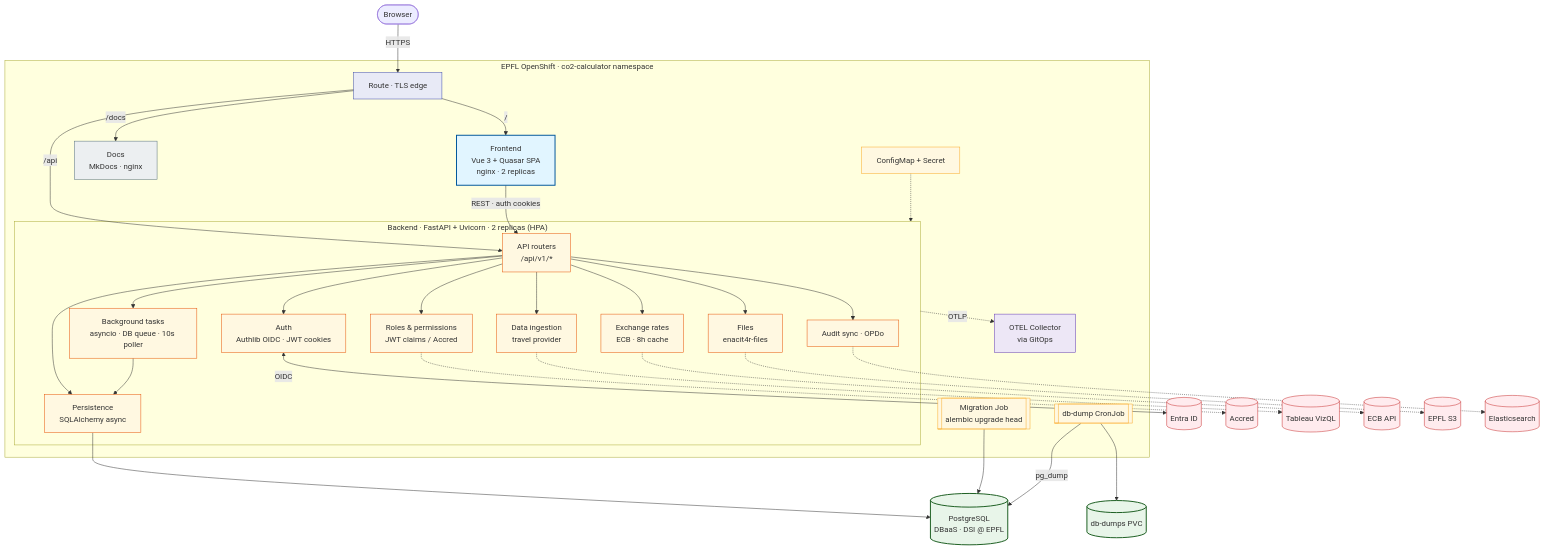
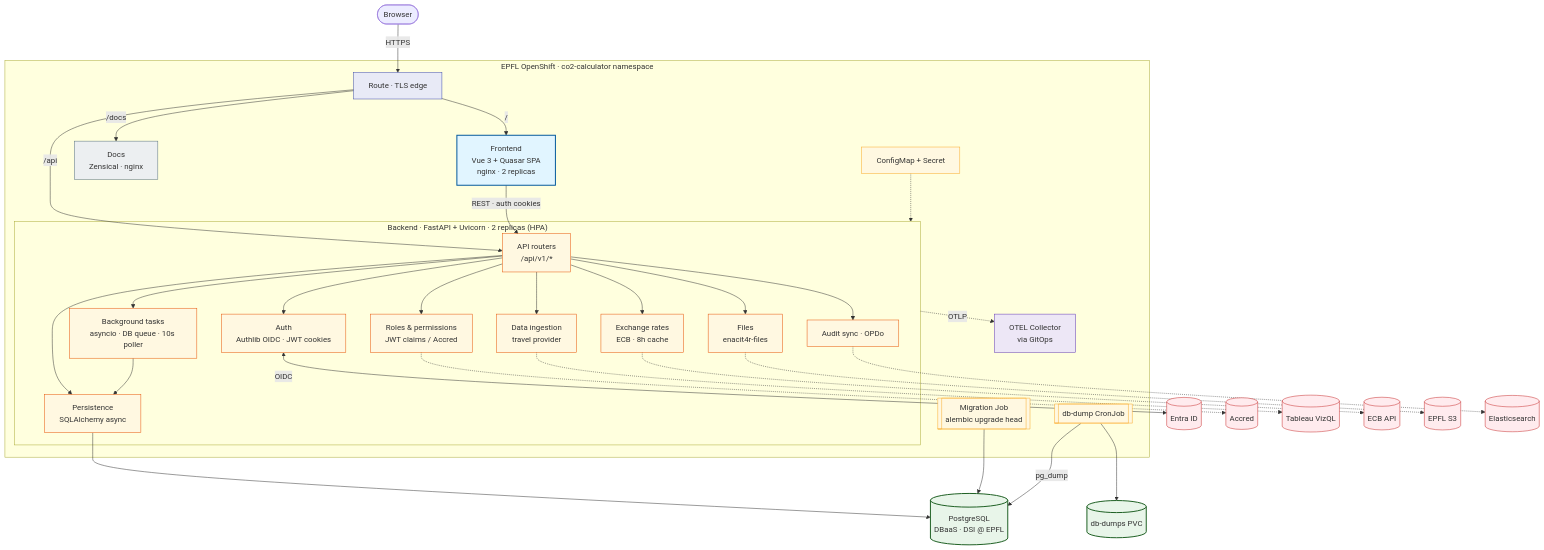
The diagram in docs/src/architecture/03-subsystem-map.md (EPFL-ENAC/co2-calculator), drawn with Mermaid before and after one commit. The commit also changed other lines of this file and 34 other files, not shown here.

````diff
--- a/docs/src/architecture/03-subsystem-map.md
+++ b/docs/src/architecture/03-subsystem-map.md
@@ -15,75 +15,75 @@
 ```mermaid
 flowchart TB
     Browser([Browser])
 
     subgraph OCP["EPFL OpenShift · co2-calculator namespace"]
         Route[Route · TLS edge]
         FE[Frontend<br/>Vue 3 + Quasar SPA<br/>nginx · 2 replicas]
-        Docs[Docs<br/>MkDocs · nginx]
+        Docs[Docs<br/>Zensical · nginx]
 
         subgraph BE["Backend · FastAPI + Uvicorn · 2 replicas (HPA)"]
             API[API routers<br/>/api/v1/*]
             Auth[Auth<br/>Authlib OIDC · JWT cookies]
             RBAC[Roles & permissions<br/>JWT claims / Accred]
             Ingest[Data ingestion<br/>travel provider]
             FX[Exchange rates<br/>ECB · 8h cache]
             Files[Files<br/>enacit4r-files]
             Audit[Audit sync · OPDo]
             Jobs[Background tasks<br/>asyncio · DB queue · 10s poller]
             ORM[Persistence<br/>SQLAlchemy async]
         end
 
         Migrate[[Migration Job<br/>alembic upgrade head]]
         DBDump[[db-dump CronJob]]
         Otel[OTEL Collector<br/>via GitOps]
         Cfg[ConfigMap + Secret]
     end
 
     DB[(PostgreSQL<br/>DBaaS · DSI @ EPFL)]
     PVC[(db-dumps PVC)]
     Entra[(Entra ID)]
     Accred[(Accred)]
     Tableau[(Tableau VizQL)]
     ECB[(ECB API)]
     S3[(EPFL S3)]
     ES[(Elasticsearch)]
 
     Browser -->|HTTPS| Route
     Route -->|/| FE
     Route -->|/docs| Docs
     Route -->|/api| API
     FE -->|REST · auth cookies| API
 
     API --> Auth & RBAC & Ingest & FX & Files & Audit & Jobs
     API --> ORM
     Jobs --> ORM
     ORM --> DB
     Migrate --> DB
     DBDump -->|pg_dump| DB
     DBDump --> PVC
     BE -.->|OTLP| Otel
     Auth <-->|OIDC| Entra
     RBAC -.-> Accred
     Ingest -.-> Tableau
     FX -.-> ECB
     Files -.-> S3
     Audit -.-> ES
     Cfg -.-> BE
 
     classDef fe fill:#e1f5ff,stroke:#01579b,stroke-width:2px
     classDef be fill:#fff8e1,stroke:#e65100,stroke-width:1px
     classDef docs fill:#eceff1,stroke:#546e7a,stroke-width:1px
     classDef edge fill:#e8eaf6,stroke:#3949ab,stroke-width:1px
     classDef cfg fill:#fff8e1,stroke:#f9a825,stroke-width:1px
     classDef mon fill:#ede7f6,stroke:#5e35b1,stroke-width:1px
     classDef data fill:#e8f5e9,stroke:#1b5e20,stroke-width:2px
     classDef ext fill:#ffebee,stroke:#c62828,stroke-width:1px
     class FE fe
     class Docs docs
     class API,Auth,RBAC,Ingest,FX,Files,Audit,Jobs,ORM be
     class Route edge
     class Migrate,DBDump,Cfg cfg
     class Otel mon
     class DB,PVC data
     class Entra,Accred,Tableau,ECB,S3,ES ext
 ```
````
